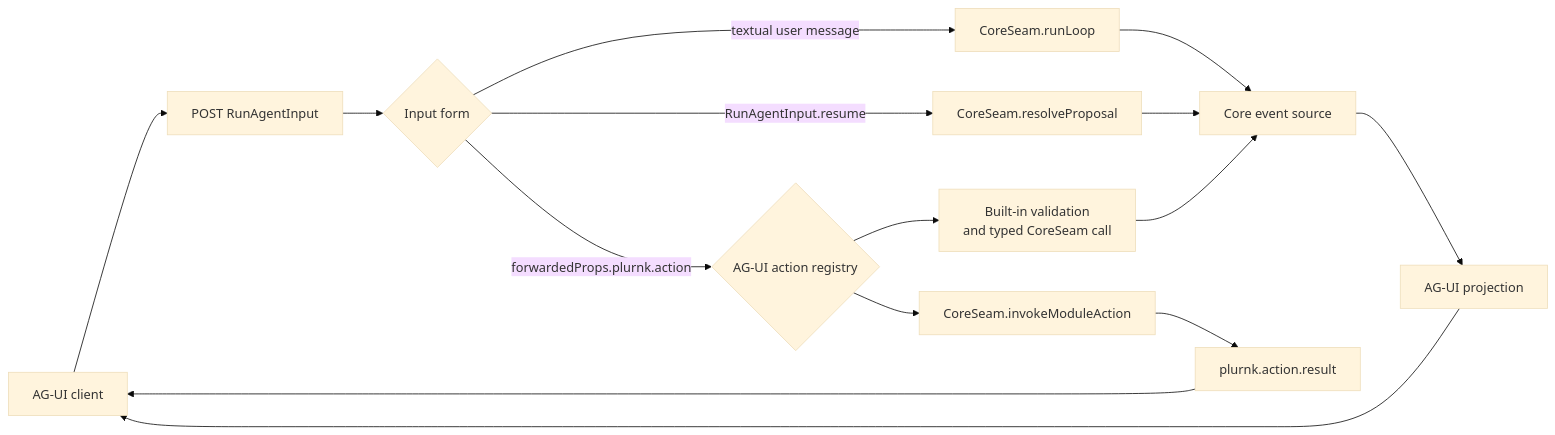
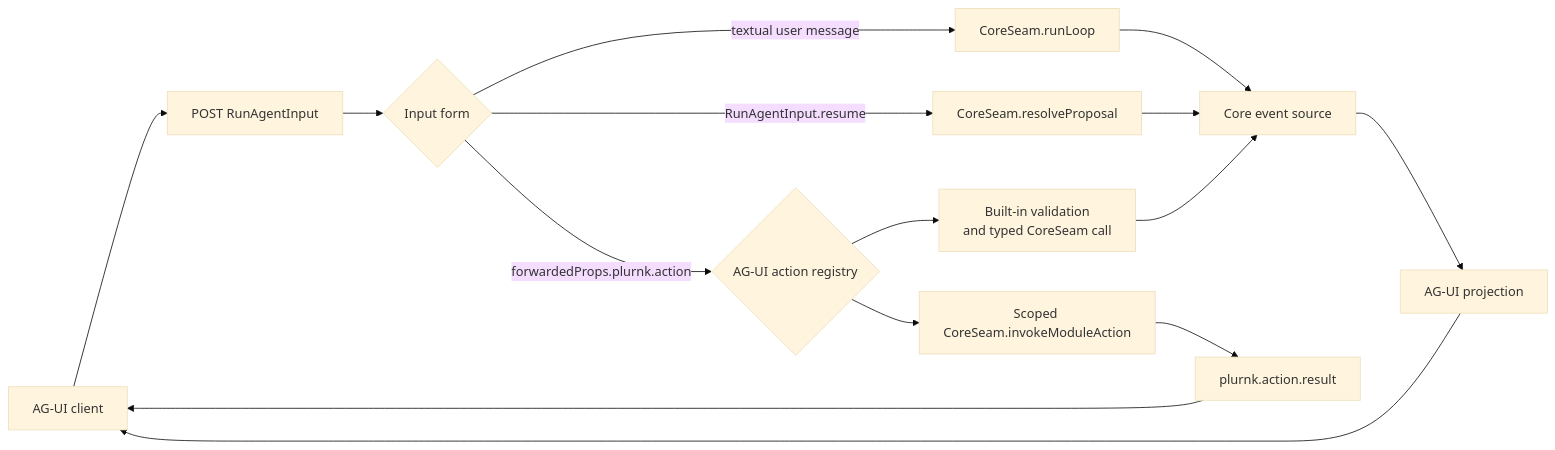
One commit to plurnk/plurnk-service changed the diagram in plurnk-agui/SPEC.md. Above: the diagram before and after it, drawn with Mermaid (base theme). The commit also changed other lines of this file and 32 other files, not shown here.

````diff
--- a/plurnk-agui/SPEC.md
+++ b/plurnk-agui/SPEC.md
@@ -166,17 +166,17 @@
 ```mermaid
 flowchart LR
     client["AG-UI client"] --> run["POST RunAgentInput"]
     run --> classify{"Input form"}
     classify -->|"textual user message"| loop["CoreSeam.runLoop"]
     classify -->|"RunAgentInput.resume"| proposal["CoreSeam.resolveProposal"]
     classify -->|"forwardedProps.plurnk.action"| actions{"AG-UI action registry"}
     actions --> builtIn["Built-in validation<br/>and typed CoreSeam call"]
-    actions --> extension["CoreSeam.invokeModuleAction"]
+    actions --> extension["Scoped CoreSeam.invokeModuleAction"]
     loop --> events["Core event source"]
     proposal --> events
     builtIn --> events
     events --> projection["AG-UI projection"]
     extension --> result["plurnk.action.result"]
     projection --> client
     result --> client
 ```
````
